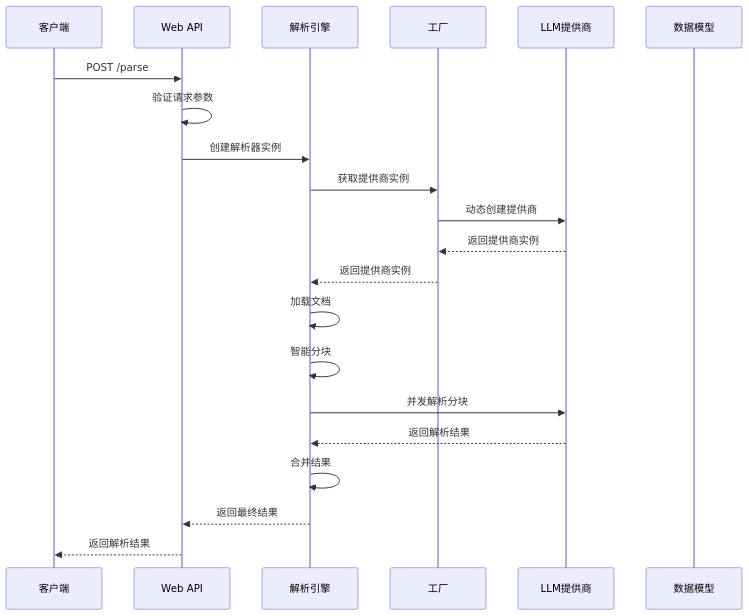
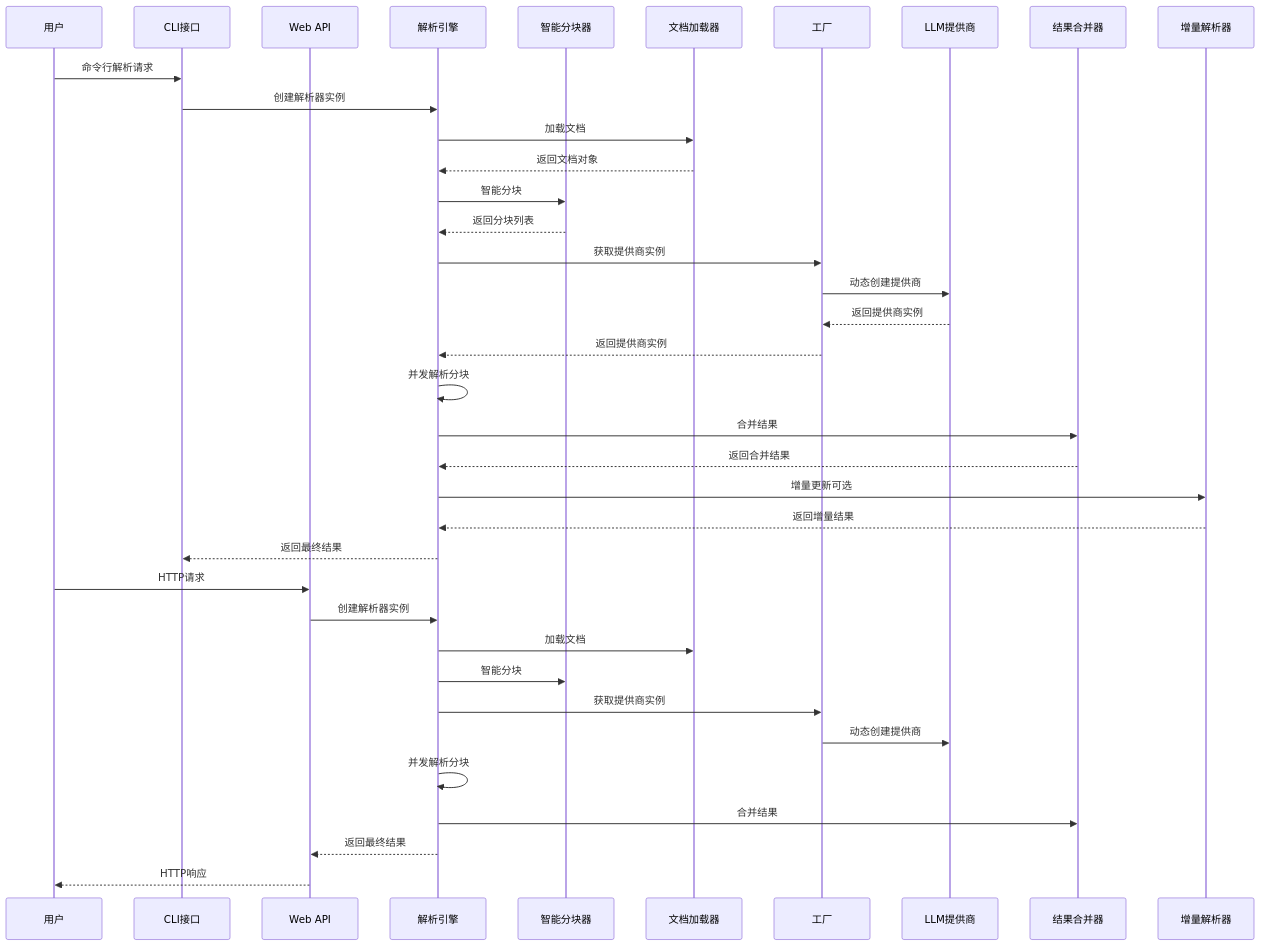
Before and after one commit to wowzhangji/doc_ai_parser: the second of 8 diagrams in .qoder/repowiki/zh/content/架构设计/组件交互.md, drawn with Mermaid. The commit also changed other lines of this file and 25 other files, not shown here.

````diff
--- a/.qoder/repowiki/zh/content/架构设计/组件交互.md
+++ b/.qoder/repowiki/zh/content/架构设计/组件交互.md
@@ -122,23 +189,39 @@
 ```mermaid
 sequenceDiagram
-participant Client as 客户端
+participant User as 用户
+participant CLI as CLI接口
 participant API as Web API
 participant Parser as 解析引擎
+participant Chunker as 智能分块器
+participant Loader as 文档加载器
 participant Factory as 工厂
 participant Provider as LLM提供商
-participant Model as 数据模型
-Client->>API : POST /parse
-API->>API : 验证请求参数
-API->>Parser : 创建解析器实例
+participant Merger as 结果合并器
+participant Incremental as 增量解析器
+User->>CLI : 命令行解析请求
+CLI->>Parser : 创建解析器实例
+Parser->>Loader : 加载文档
+Loader-->>Parser : 返回文档对象
+Parser->>Chunker : 智能分块
+Chunker-->>Parser : 返回分块列表
 Parser->>Factory : 获取提供商实例
 Factory->>Provider : 动态创建提供商
 Provider-->>Factory : 返回提供商实例
 Factory-->>Parser : 返回提供商实例
-Parser->>Parser : 加载文档
-Parser->>Parser : 智能分块
-Parser->>Provider : 并发解析分块
-Provider-->>Parser : 返回解析结果
-Parser->>Parser : 合并结果
+Parser->>Parser : 并发解析分块
+Parser->>Merger : 合并结果
+Merger-->>Parser : 返回合并结果
+Parser->>Incremental : 增量更新可选
+Incremental-->>Parser : 返回增量结果
+Parser-->>CLI : 返回最终结果
+User->>API : HTTP请求
+API->>Parser : 创建解析器实例
+Parser->>Loader : 加载文档
+Parser->>Chunker : 智能分块
+Parser->>Factory : 获取提供商实例
+Factory->>Provider : 动态创建提供商
+Parser->>Parser : 并发解析分块
+Parser->>Merger : 合并结果
 Parser-->>API : 返回最终结果
-API-->>Client : 返回解析结果
+API-->>User : HTTP响应
 ```
````
